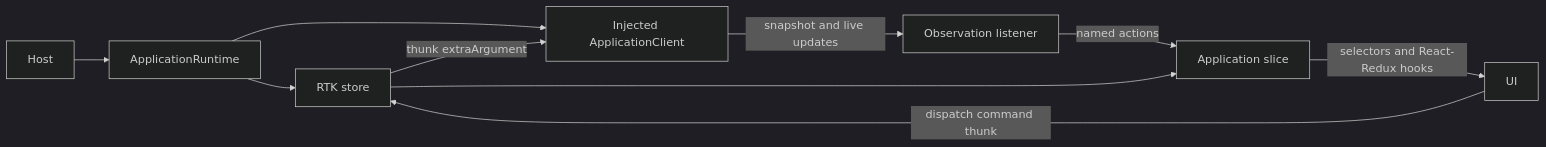
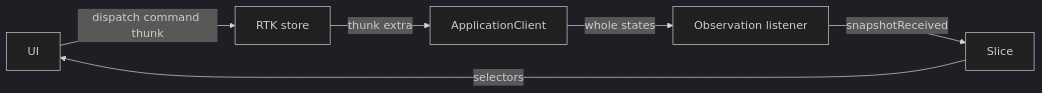
The diagram in v1/frontend/STATE.md (ericschaal/prysm), drawn with Mermaid (dark theme) before and after one commit. The commit also changed other lines of this file and 337 other files, not shown here.

````diff
--- a/v1/frontend/STATE.md
+++ b/v1/frontend/STATE.md
@@ -20,12 +18,8 @@
 ```mermaid
 flowchart LR
-    Host --> Runtime[ApplicationRuntime]
-    Runtime --> Store[RTK store]
-    Runtime --> Client[Injected ApplicationClient]
-    UI -->|dispatch command thunk| Store
-    Store -->|thunk extraArgument| Client
-    Client -->|snapshot and live updates| Listener[Observation listener]
-    Listener -->|named actions| Slice[Application slice]
-    Store --> Slice
-    Slice -->|selectors and React-Redux hooks| UI
+    UI -->|dispatch command thunk| Store[RTK store]
+    Store -->|thunk extra| Client[ApplicationClient]
+    Client -->|whole states| Listener[Observation listener]
+    Listener -->|snapshotReceived| Slice
+    Slice -->|selectors| UI
 ```
````
